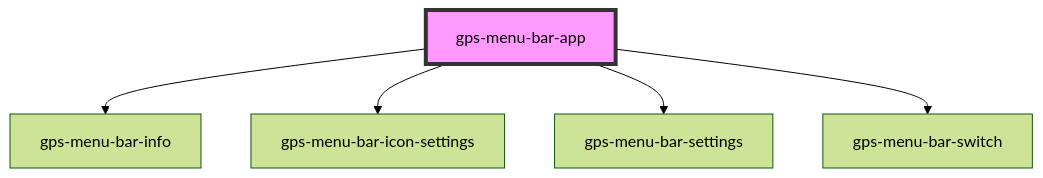
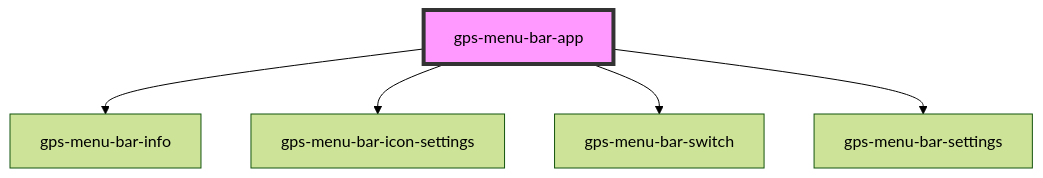
Before and after one commit to davidenke/git-profile-switch: the diagram in src/ui/components/menu-bar-app/readme.md, drawn with Mermaid (forest theme). The commit also changed other lines of this file and 6 other files, not shown here.

````diff
--- a/src/ui/components/menu-bar-app/readme.md
+++ b/src/ui/components/menu-bar-app/readme.md
@@ -18,8 +18,8 @@
 ```mermaid
 graph TD;
   gps-menu-bar-app --> gps-menu-bar-info
   gps-menu-bar-app --> gps-menu-bar-icon-settings
+  gps-menu-bar-app --> gps-menu-bar-switch
   gps-menu-bar-app --> gps-menu-bar-settings
-  gps-menu-bar-app --> gps-menu-bar-switch
   style gps-menu-bar-app fill:#f9f,stroke:#333,stroke-width:4px
 ```
````
